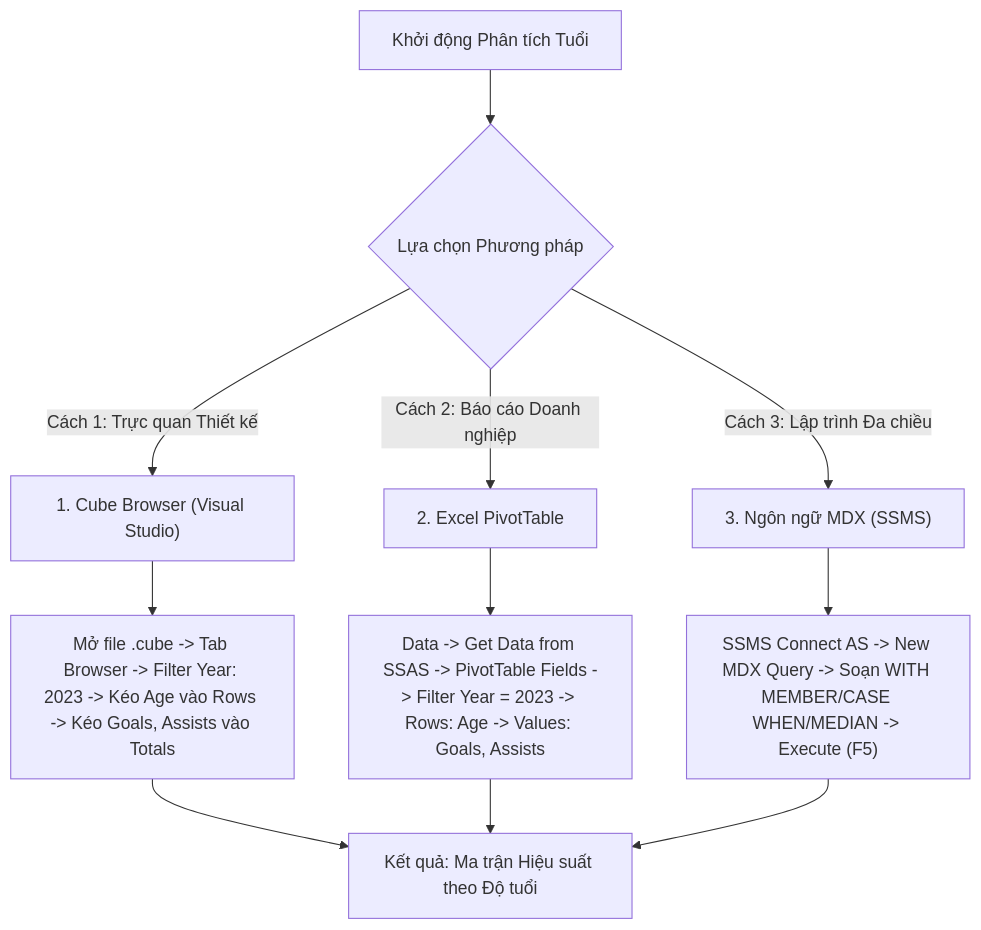
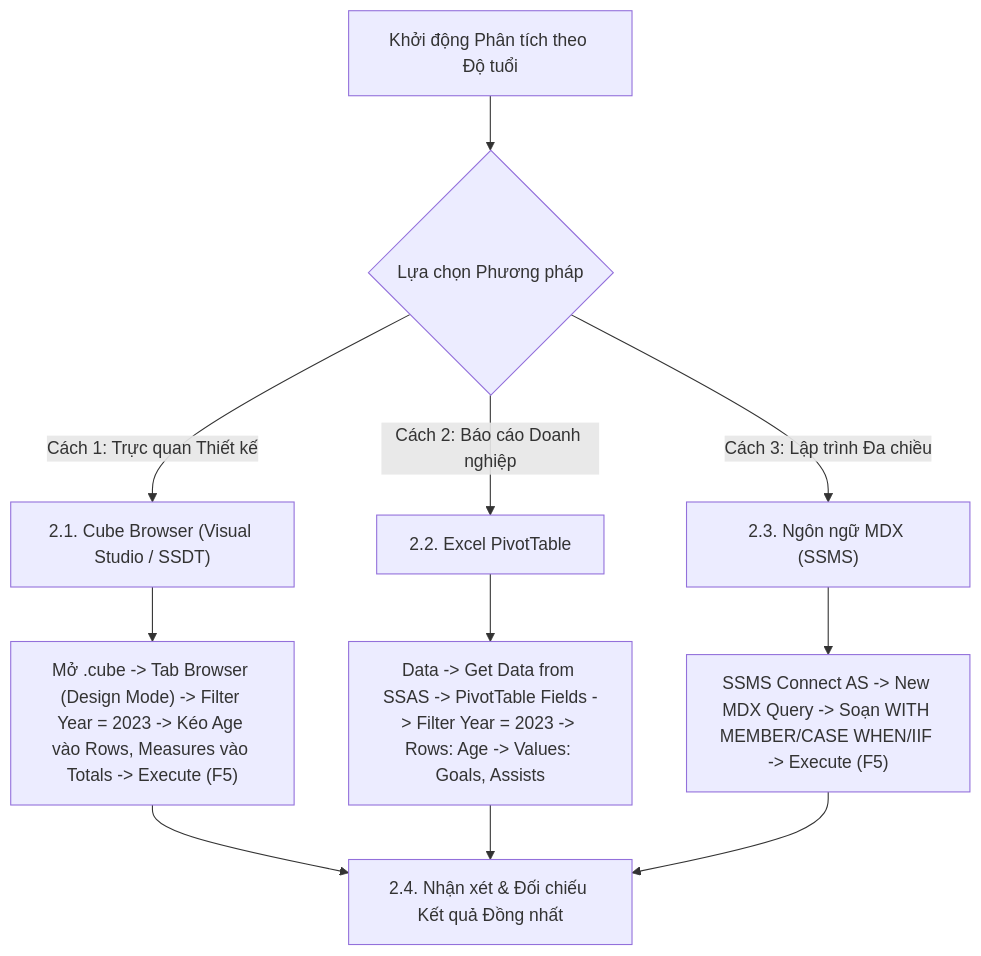
Before and after one commit to snowflake-vibing/Kho_du_lieu_OLAP: the diagram in mdx/query_04.md, drawn with Mermaid. The commit also changed other lines of this file and 3 other files, not shown here.

Commit message:
docs(mdx): dong bo quy trinh chuan 3 phuong phap va nhan xet doi chieu cho query 02 den 05

````diff
--- a/mdx/query_04.md
+++ b/mdx/query_04.md
@@ -43,16 +43,16 @@
 ```mermaid
 flowchart TD
-    Start["Khởi động Phân tích Tuổi"] --> Choice{"Lựa chọn Phương pháp"}
+    Start["Khởi động Phân tích theo Độ tuổi"] --> Choice{"Lựa chọn Phương pháp"}
 
-    Choice -->|"Cách 1: Trực quan Thiết kế"| CB["1. Cube Browser (Visual Studio)"]
-    Choice -->|"Cách 2: Báo cáo Doanh nghiệp"| Excel["2. Excel PivotTable"]
-    Choice -->|"Cách 3: Lập trình Đa chiều"| MDX["3. Ngôn ngữ MDX (SSMS)"]
+    Choice -->|"Cách 1: Trực quan Thiết kế"| CB["2.1. Cube Browser (Visual Studio / SSDT)"]
+    Choice -->|"Cách 2: Báo cáo Doanh nghiệp"| Excel["2.2. Excel PivotTable"]
+    Choice -->|"Cách 3: Lập trình Đa chiều"| MDX["2.3. Ngôn ngữ MDX (SSMS)"]
 
-    CB --> CB_Step["Mở file .cube -> Tab Browser -> Filter Year: 2023 -> Kéo Age vào Rows -> Kéo Goals, Assists vào Totals"]
+    CB --> CB_Step["Mở .cube -> Tab Browser (Design Mode) -> Filter Year = 2023 -> Kéo Age vào Rows, Measures vào Totals -> Execute (F5)"]
     Excel --> Excel_Step["Data -> Get Data from SSAS -> PivotTable Fields -> Filter Year = 2023 -> Rows: Age -> Values: Goals, Assists"]
-    MDX --> MDX_Step["SSMS Connect AS -> New MDX Query -> Soạn WITH MEMBER/CASE WHEN/MEDIAN -> Execute (F5)"]
+    MDX --> MDX_Step["SSMS Connect AS -> New MDX Query -> Soạn WITH MEMBER/CASE WHEN/IIF -> Execute (F5)"]
 
-    CB_Step --> Finish["Kết quả: Ma trận Hiệu suất theo Độ tuổi"]
+    CB_Step --> Finish["2.4. Nhận xét & Đối chiếu Kết quả Đồng nhất"]
     Excel_Step --> Finish
     MDX_Step --> Finish
 ```
````
